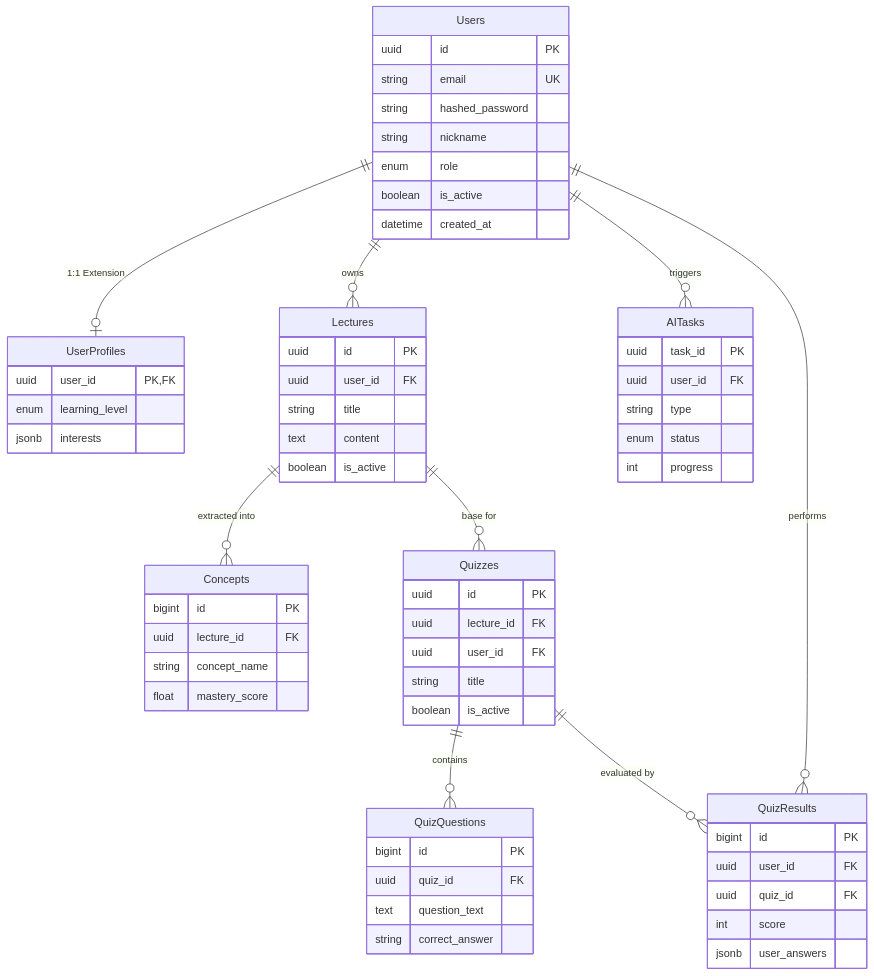
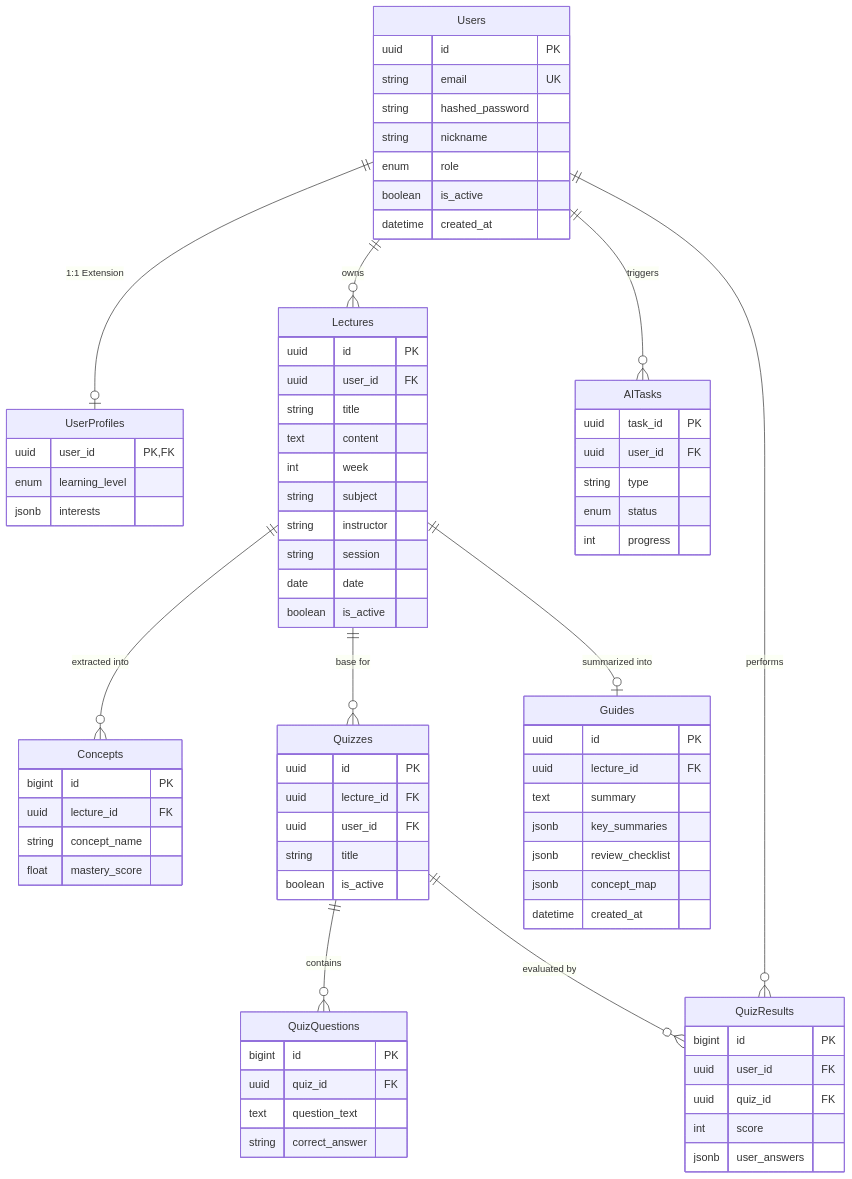
Before and after one commit to Mutsa-Rocketdan/Backend-API: the diagram in docs/database_schema.md, drawn with Mermaid. The commit also changed other lines of this file and 6 other files, not shown here.

````diff
--- a/docs/database_schema.md
+++ b/docs/database_schema.md
@@ -34,6 +34,7 @@
     
     Lectures ||--o{ Concepts : "extracted into"
     Lectures ||--o{ Quizzes : "base for"
+    Lectures ||--o| Guides : "summarized into"
     
     Quizzes ||--o{ QuizQuestions : "contains"
     Quizzes ||--o{ QuizResults : "evaluated by"
@@ -57,6 +58,11 @@
         uuid user_id FK
         string title
         text content
+        int week
+        string subject
+        string instructor
+        string session
+        date date
         boolean is_active
     }
     Concepts {
@@ -92,4 +98,13 @@
         int score
         jsonb user_answers
     }
+    Guides {
+        uuid id PK
+        uuid lecture_id FK
+        text summary
+        jsonb key_summaries
+        jsonb review_checklist
+        jsonb concept_map
+        datetime created_at
+    }
 ```
````
